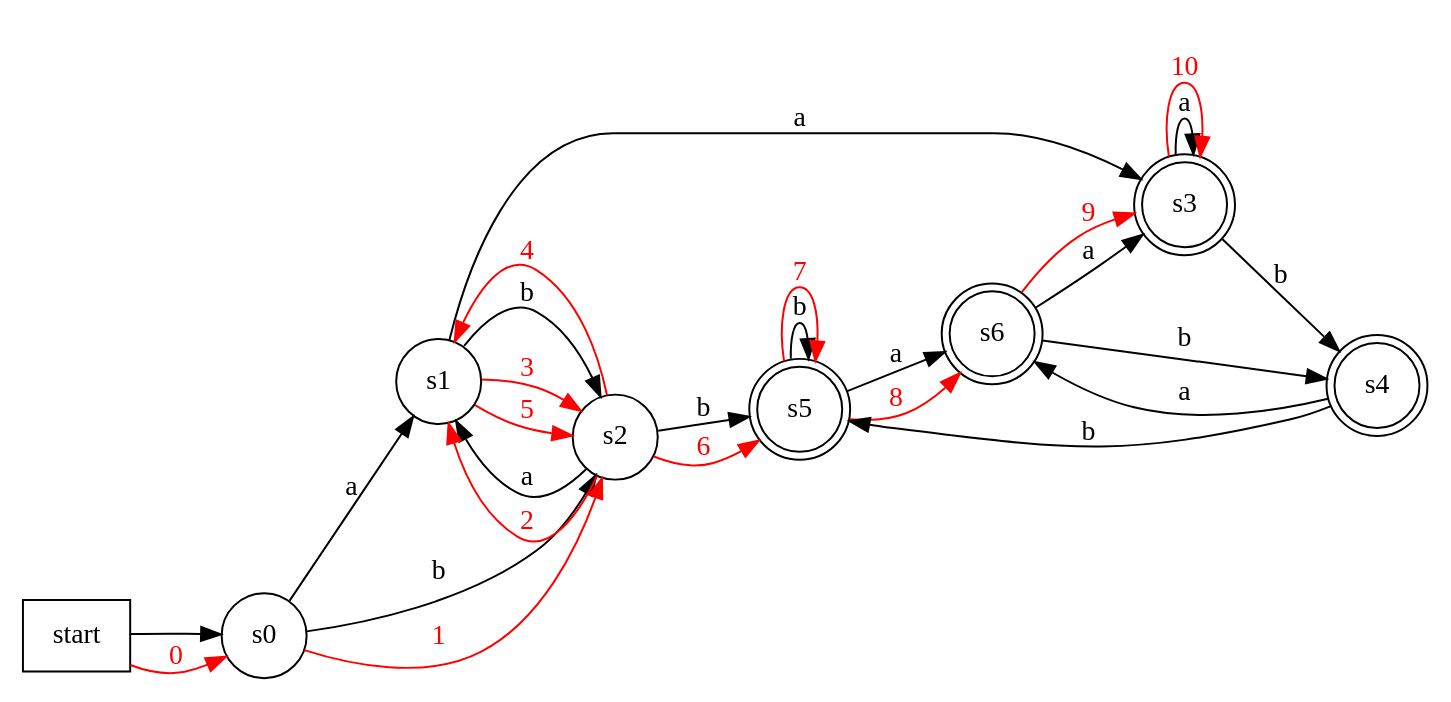
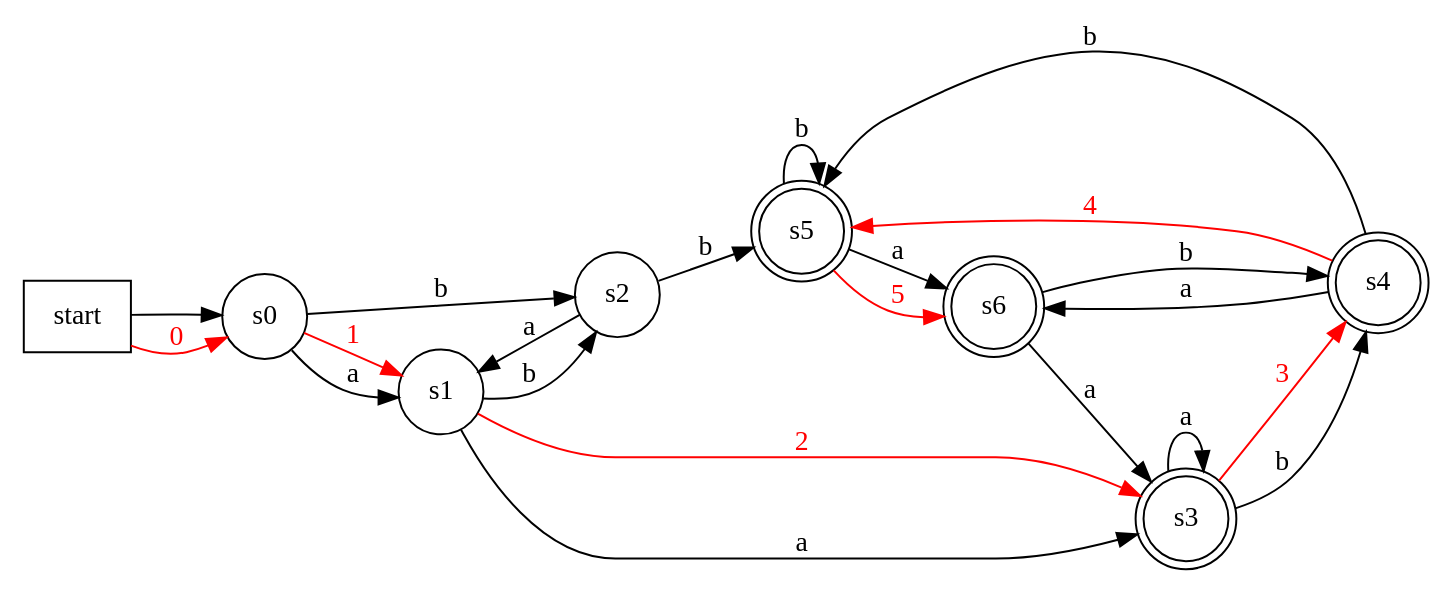
The diagram in Compilers/ex1/dfa3.dot (alacine/homework), drawn with Graphviz before and after one commit. The commit also changed 2 other files, not shown here.

```diff
--- a/Compilers/ex1/dfa3.dot
+++ b/Compilers/ex1/dfa3.dot
@@ -1,42 +1,37 @@
 digraph dfa {
 rankdir = LR;
 start -> s0;
 s0 -> s1 [label = "a"];
 s0 -> s2 [label = "b"];
 s1 -> s3 [label = "a"];
 s1 -> s2 [label = "b"];
 s2 -> s1 [label = "a"];
 s2 -> s5 [label = "b"];
 s3 -> s3 [label = "a"];
 s3 -> s4 [label = "b"];
 s4 -> s6 [label = "a"];
 s4 -> s5 [label = "b"];
 s5 -> s6 [label = "a"];
 s5 -> s5 [label = "b"];
 s6 -> s3 [label = "a"];
 s6 -> s4 [label = "b"];
 start [shape = box];
 s0 [shape = circle];
 s1 [shape = circle];
 s2 [shape = circle];
 s3 [shape = circle];
 s4 [shape = circle];
 s5 [shape = circle];
 s6 [shape = circle];
 s3 [shape = doublecircle];
 s4 [shape = doublecircle];
 s5 [shape = doublecircle];
 s6 [shape = doublecircle];
 
 start -> s0 [label = 0, fontcolor = red, color = "red"];
-s0 -> s2 [label = 1, fontcolor = red, color = "red"];
-s2 -> s1 [label = 2, fontcolor = red, color = "red"];
-s1 -> s2 [label = 3, fontcolor = red, color = "red"];
-s2 -> s1 [label = 4, fontcolor = red, color = "red"];
-s1 -> s2 [label = 5, fontcolor = red, color = "red"];
-s2 -> s5 [label = 6, fontcolor = red, color = "red"];
-s5 -> s5 [label = 7, fontcolor = red, color = "red"];
-s5 -> s6 [label = 8, fontcolor = red, color = "red"];
-s6 -> s3 [label = 9, fontcolor = red, color = "red"];
-s3 -> s3 [label = 10, fontcolor = red, color = "red"];
+s0 -> s1 [label = 1, fontcolor = red, color = "red"];
+s1 -> s3 [label = 2, fontcolor = red, color = "red"];
+s3 -> s4 [label = 3, fontcolor = red, color = "red"];
+s4 -> s5 [label = 4, fontcolor = red, color = "red"];
+s5 -> s6 [label = 5, fontcolor = red, color = "red"];
 }
```
